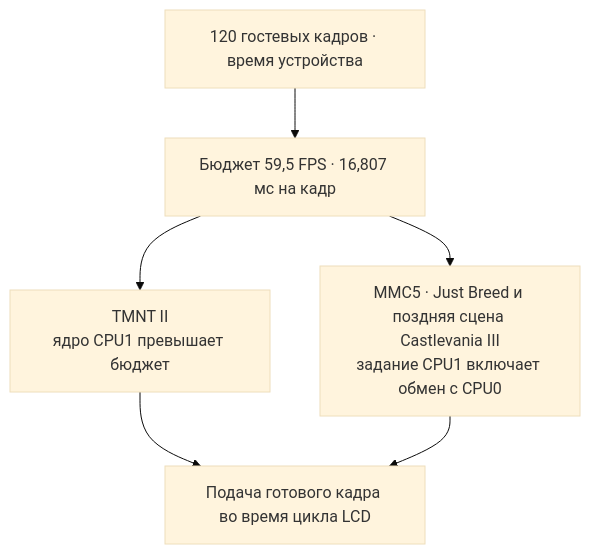
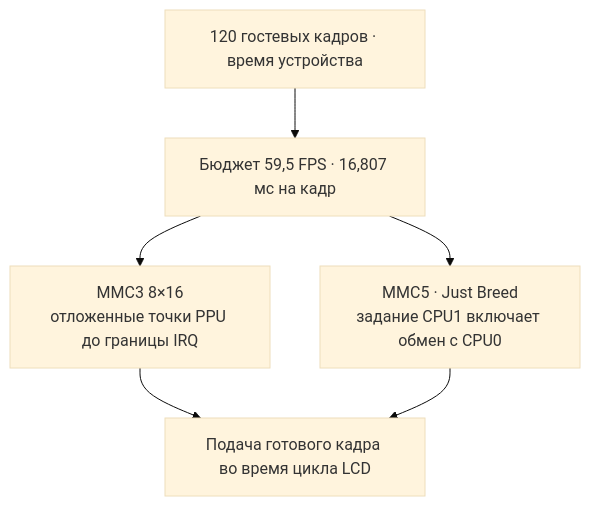
Before and after one commit to KirPoz/bitvyr: the fourth of 4 diagrams in bitvyr_nes_p4c6/betta/docs/02-architecture.md, drawn with Mermaid (base theme). The commit also changed other lines of this file and 4 other files, not shown here.

Commit message:
Batch safe MMC3 PPU work across scanlines

````diff
--- a/bitvyr_nes_p4c6/betta/docs/02-architecture.md
+++ b/bitvyr_nes_p4c6/betta/docs/02-architecture.md
@@ -129,8 +136,8 @@
 ```mermaid
 flowchart TD
     R["120 гостевых кадров · время устройства"] --> B["Бюджет 59,5 FPS · 16,807 мс на кадр"]
-    B --> W["TMNT II<br/>ядро CPU1 превышает бюджет"]
-    B --> C["MMC5 · Just Breed и поздняя сцена Castlevania III<br/>задание CPU1 включает обмен с CPU0"]
+    B --> W["MMC3 8×16<br/>отложенные точки PPU до границы IRQ"]
+    B --> C["MMC5 · Just Breed<br/>задание CPU1 включает обмен с CPU0"]
     W --> P["Подача готового кадра во время цикла LCD"]
     C --> P
 ```
````
